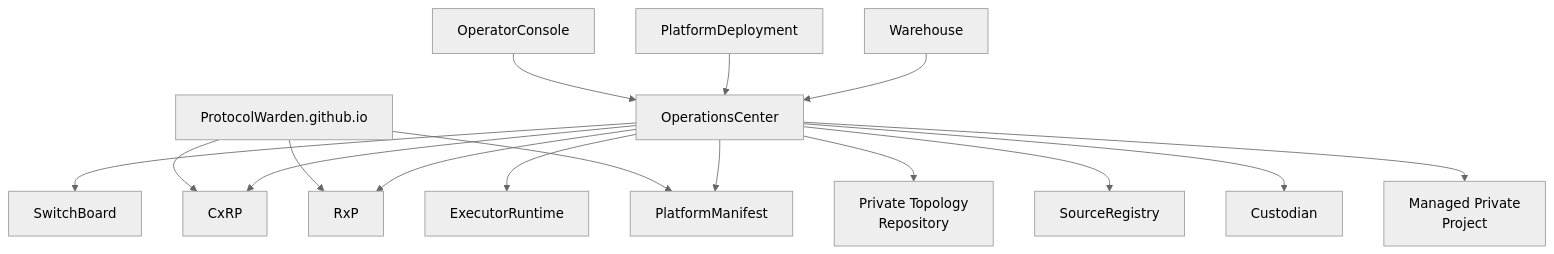
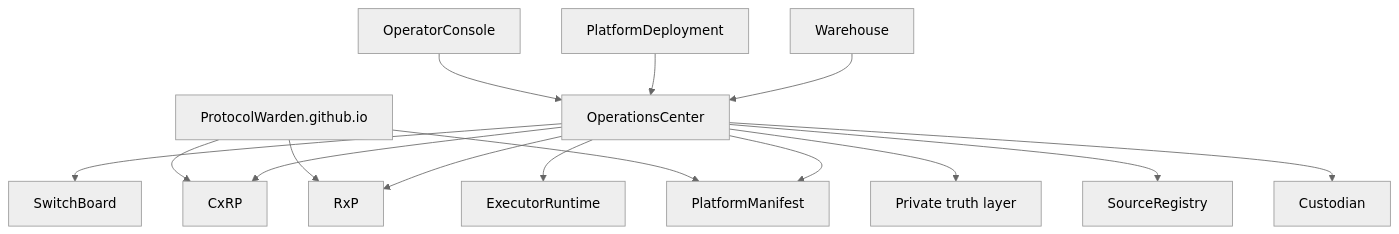
The diagram in docs/topology/ecosystem-graph.md (ProtocolWarden/ProtocolWarden.github.io), drawn with Mermaid (neutral theme) before and after one commit. The commit also changed 26 other files, not shown here.

````diff
--- a/docs/topology/ecosystem-graph.md
+++ b/docs/topology/ecosystem-graph.md
@@ -3,33 +3,31 @@
 ```mermaid
 graph TD
     OC[OperatorConsole]
     OPS[OperationsCenter]
     SB[SwitchBoard]
     CX[CxRP]
     RX[RxP]
     ER[ExecutorRuntime]
     PM[PlatformManifest]
-    PRM[Private Topology\nRepository]
+    PT[Private truth layer]
     CU[Custodian]
     WS[PlatformDeployment]
     WH[Warehouse]
-    MP[Managed Private\nProject]
     SR[SourceRegistry]
     DOCS[ProtocolWarden.github.io]
 
     DOCS --> PM
     DOCS --> CX
     DOCS --> RX
     OC --> OPS
     OPS --> SB
     OPS --> CX
     OPS --> RX
     OPS --> ER
     OPS --> PM
-    OPS --> PRM
+    OPS --> PT
     OPS --> SR
     OPS --> CU
-    OPS --> MP
     WS --> OPS
     WH --> OPS
 ```
````
